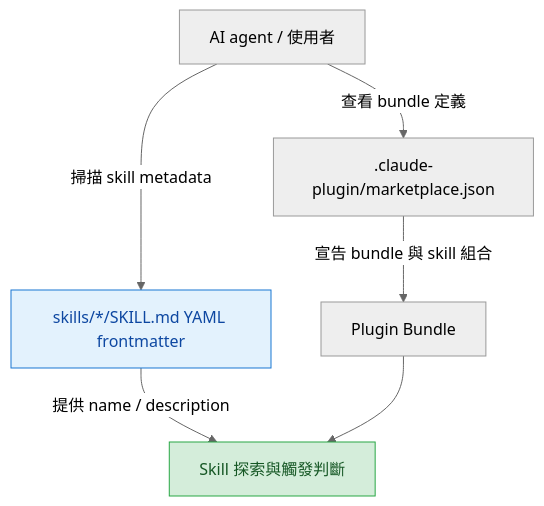
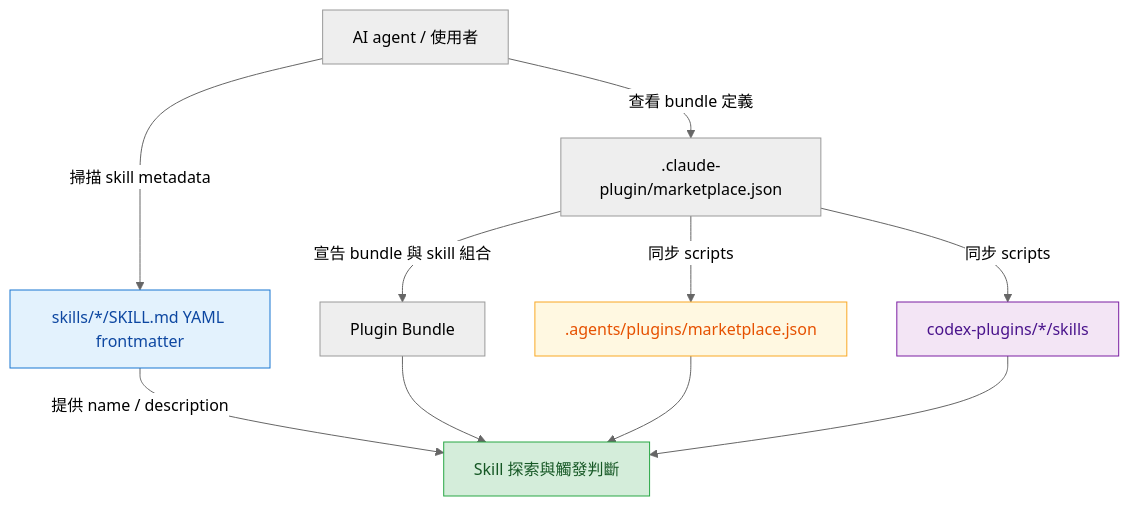
Before and after one commit to Aery9527/aery-marketplace: the diagram in README.md, drawn with Mermaid (neutral theme). The commit also changed other lines of this file and 16 other files, not shown here.

````diff
--- a/README.md
+++ b/README.md
@@ -19,11 +19,17 @@
 ```mermaid
 flowchart TD
     Agent["AI agent / 使用者"] -->|查看 bundle 定義| Marketplace[".claude-plugin/marketplace.json"]
     Agent -->|掃描 skill metadata| Frontmatter["skills/*/SKILL.md YAML frontmatter"]
     Marketplace -->|宣告 bundle 與 skill 組合| Bundle["Plugin Bundle"]
+    Marketplace -->|同步 scripts| CodexMarketplace[".agents/plugins/marketplace.json"]
+    Marketplace -->|同步 scripts| CodexPackages["codex-plugins/*/skills"]
     Frontmatter -->|提供 name / description| Discovery["Skill 探索與觸發判斷"]
     Bundle --> Discovery
+    CodexMarketplace --> Discovery
+    CodexPackages --> Discovery
 
     style Frontmatter fill:#e3f2fd,stroke:#1976d2,color:#0d47a1
     style Discovery fill:#d4edda,stroke:#28a745,color:#155724
+    style CodexMarketplace fill:#fff8e1,stroke:#f9a825,color:#e65100
+    style CodexPackages fill:#f3e5f5,stroke:#7b1fa2,color:#4a148c
 ```
````
